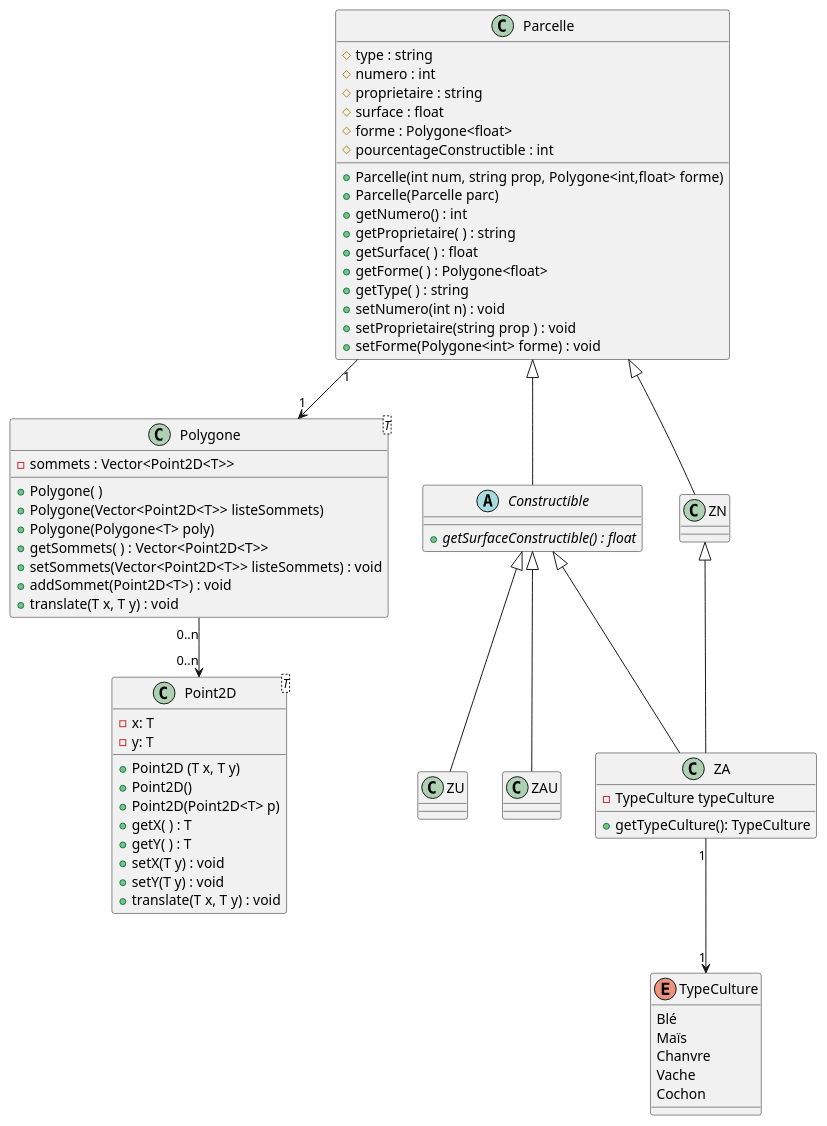
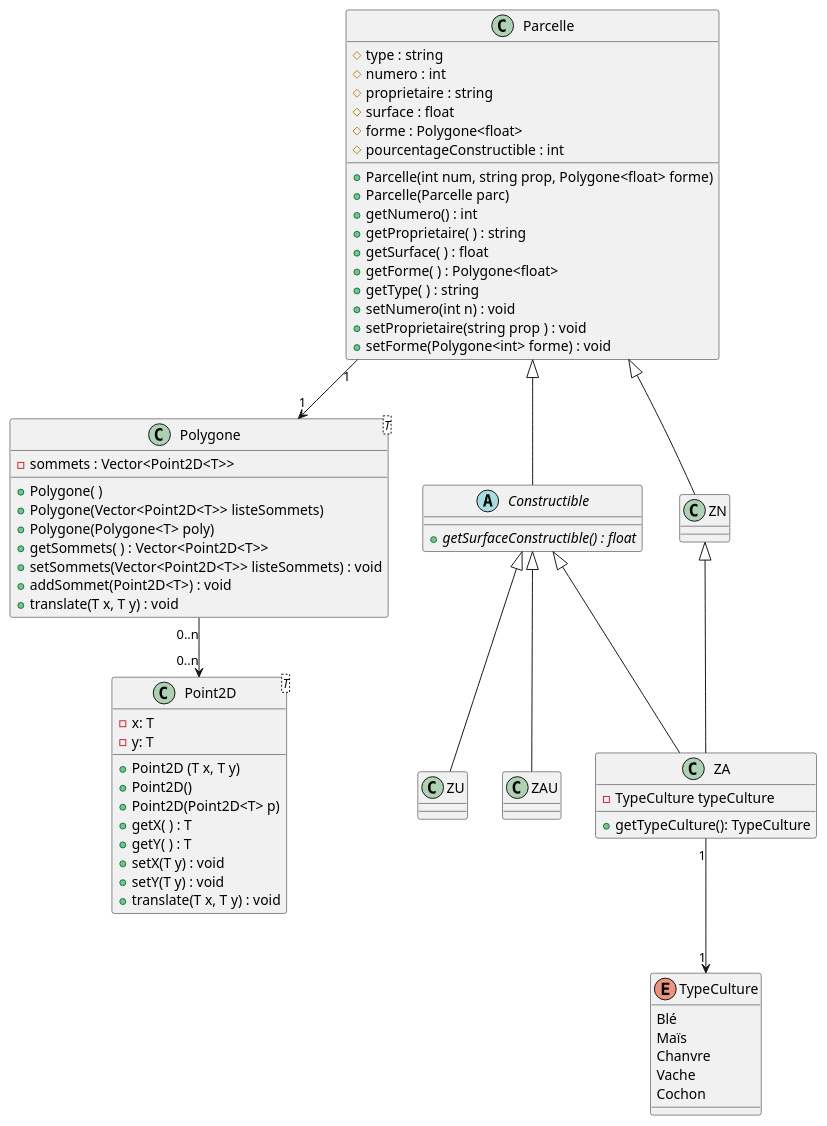
One commit to ECN-SEC-SMP/tp4-not-damien_simon_titouan_louis changed the diagram in doc/ClassDiagram.puml. Above: the diagram before and after it, drawn with PlantUML.

Commit message:
[Doc] Fix class diagram

```diff
--- a/doc/ClassDiagram.puml
+++ b/doc/ClassDiagram.puml
@@ -1,82 +1,82 @@
 @startuml Class Diagram
 
 class Point2D <T> {
     - x: T
     - y: T
 
     + Point2D (T x, T y)
     + Point2D()
     + Point2D(Point2D<T> p)
     + getX( ) : T
     + getY( ) : T
     + setX(T y) : void
     + setY(T y) : void
     + translate(T x, T y) : void
 }
 
 class Polygone <T> {
     - sommets : Vector<Point2D<T>>
 
     + Polygone( )
     + Polygone(Vector<Point2D<T>> listeSommets)
     + Polygone(Polygone<T> poly)
     + getSommets( ) : Vector<Point2D<T>>
     + setSommets(Vector<Point2D<T>> listeSommets) : void
     + addSommet(Point2D<T>) : void
     + translate(T x, T y) : void
 }
 
 
 class Parcelle {
     # type : string
     # numero : int
     # proprietaire : string
     # surface : float
     # forme : Polygone<float>
     # pourcentageConstructible : int
 
-    + Parcelle(int num, string prop, Polygone<int,float> forme)
+    + Parcelle(int num, string prop, Polygone<float> forme)
     + Parcelle(Parcelle parc)
     + getNumero() : int
     + getProprietaire( ) : string
     + getSurface( ) : float
     + getForme( ) : Polygone<float>
     + getType( ) : string
     + setNumero(int n) : void
     + setProprietaire(string prop ) : void
     + setForme(Polygone<int> forme) : void
 }
 
 abstract class Constructible extends Parcelle {
     {abstract} + getSurfaceConstructible() : float
 }
 
 class ZU extends Constructible {}
 
 class ZAU extends Constructible {}
 
 class ZN extends Parcelle {}
 
 class ZA extends ZN, Constructible {
     - TypeCulture typeCulture
     + getTypeCulture(): TypeCulture
 }
 
 enum TypeCulture {
     Blé
     Maïs
     Chanvre
     Vache
     Cochon
 }
 
 
 
 Polygone "0..n" --> "0..n" Point2D
 Parcelle "1" --> "1" Polygone
 
 ZA "1" --> "1" TypeCulture
 
 
 
 @enduml
```
